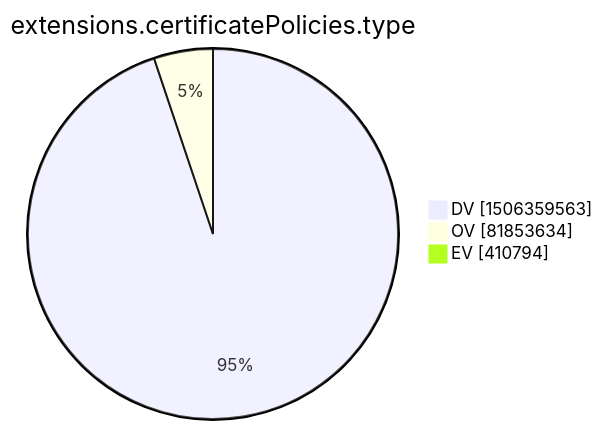
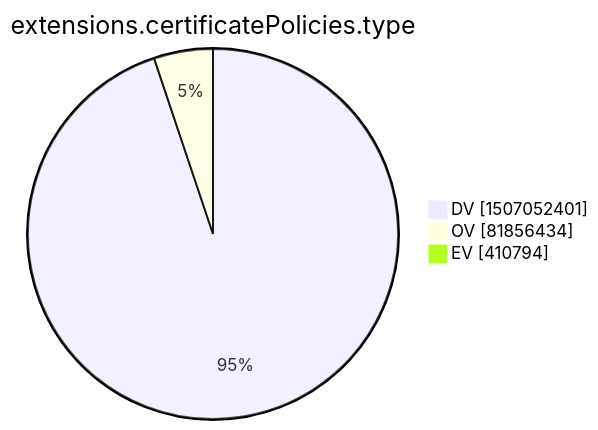
The tenth of 15 diagrams in xenon2022/README.md (christiankrug/ctmonitor_visualization), drawn with Mermaid before and after one commit. The commit also changed other lines of this file, not shown here.

````diff
--- a/xenon2022/README.md
+++ b/xenon2022/README.md
@@ -2875,7 +2875,7 @@
 ```mermaid
 pie showData
 title extensions.certificatePolicies.type
-"DV" :1506359563
-"OV" :81853634
+"DV" :1507052401
+"OV" :81856434
 "EV" :410794
 ```
````
